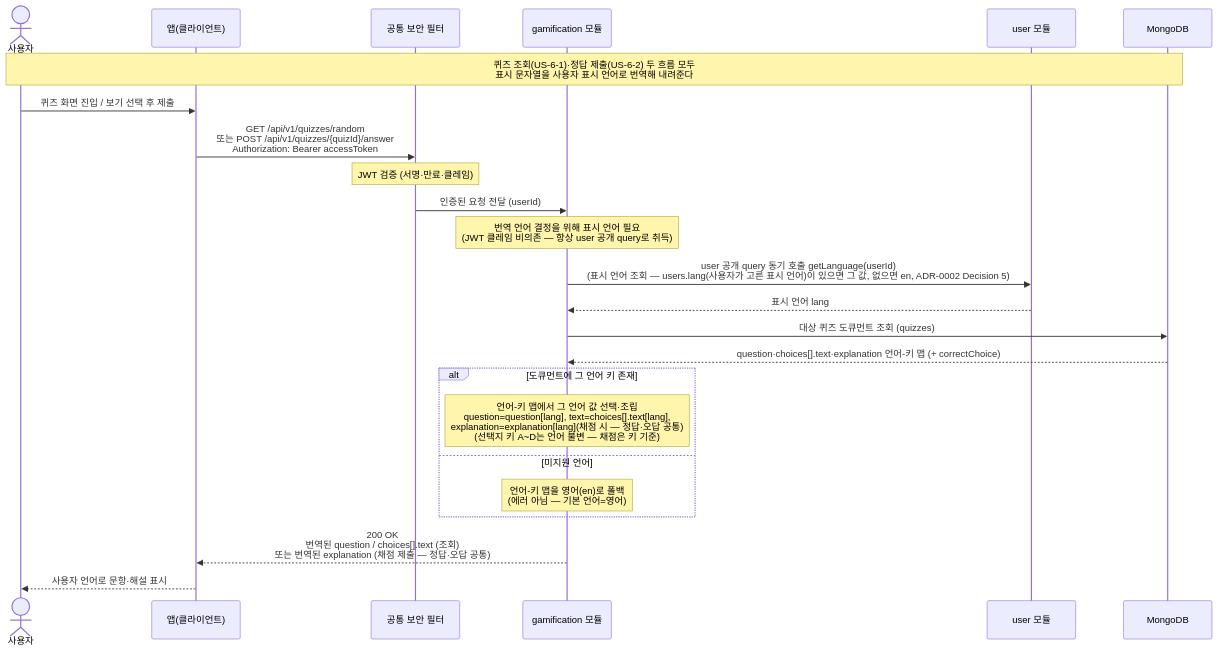
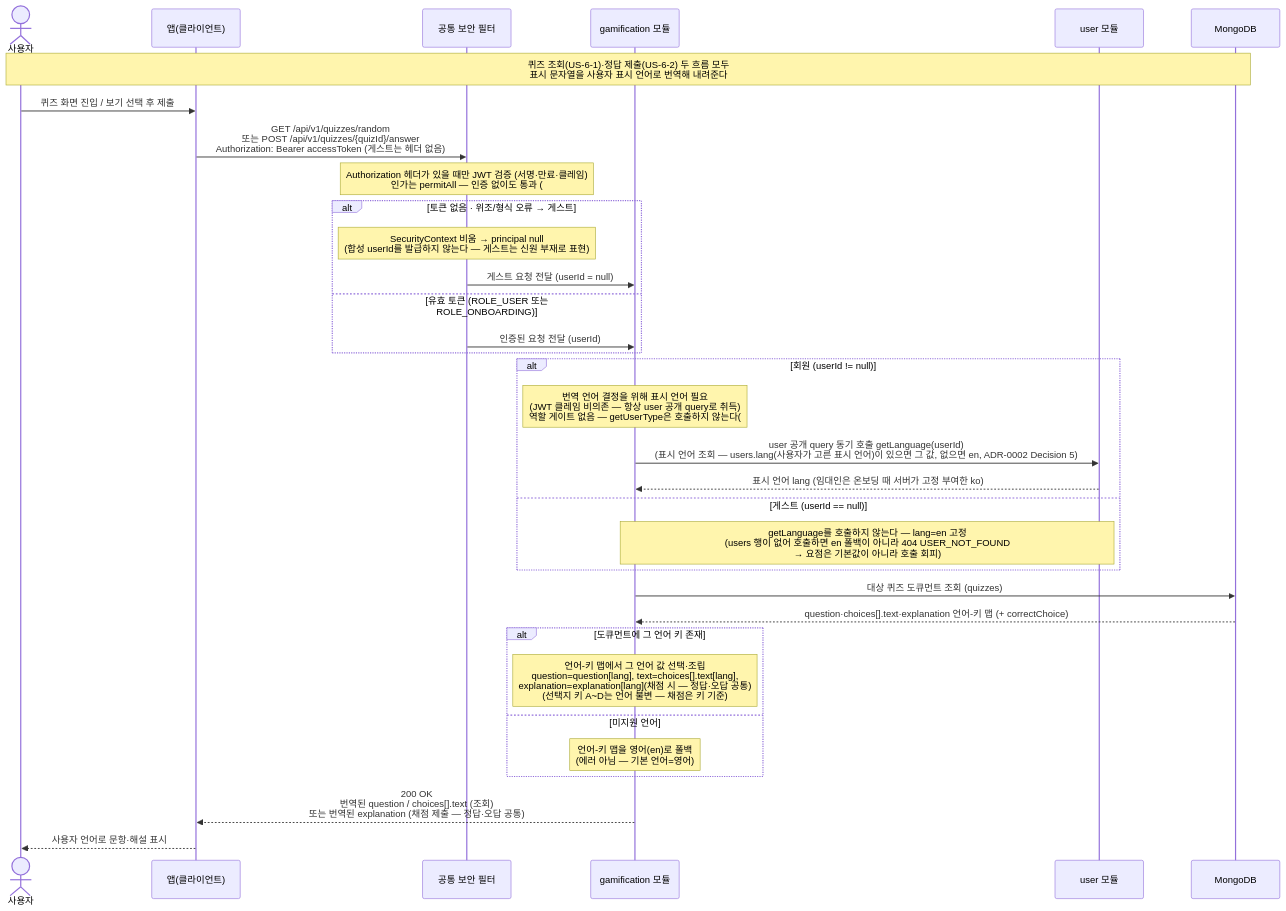
Before and after one commit to jameskim9509/Kohere-backend: the diagram in docs/architecture/sequence-diagrams/06-gamification/us-6-3-quiz-i18n.md, drawn with Mermaid. The commit also changed other lines of this file and 22 other files, not shown here.

````diff
--- a/docs/architecture/sequence-diagrams/06-gamification/us-6-3-quiz-i18n.md
+++ b/docs/architecture/sequence-diagrams/06-gamification/us-6-3-quiz-i18n.md
@@ -5,29 +5,40 @@
 ```mermaid
 sequenceDiagram
     actor U as 사용자
     participant C as 앱(클라이언트)
     participant SEC as 공통 보안 필터
     participant GAME as gamification 모듈
     participant USER as user 모듈
     participant DB as MongoDB
 
     Note over U,DB: 퀴즈 조회(US-6-1)·정답 제출(US-6-2) 두 흐름 모두<br/>표시 문자열을 사용자 표시 언어로 번역해 내려준다
 
     U->>C: 퀴즈 화면 진입 / 보기 선택 후 제출
-    C->>SEC: GET /api/v1/quizzes/random<br/>또는 POST /api/v1/quizzes/{quizId}/answer<br/>Authorization: Bearer accessToken
-    Note over SEC: JWT 검증 (서명·만료·클레임)
-    SEC->>GAME: 인증된 요청 전달 (userId)
-    Note over GAME: 번역 언어 결정을 위해 표시 언어 필요<br/>(JWT 클레임 비의존 — 항상 user 공개 query로 취득)
-    GAME->>USER: user 공개 query 동기 호출 getLanguage(userId)<br/>(표시 언어 조회 — users.lang(사용자가 고른 표시 언어)이 있으면 그 값, 없으면 en, ADR-0002 Decision 5)
-    USER-->>GAME: 표시 언어 lang
+    C->>SEC: GET /api/v1/quizzes/random<br/>또는 POST /api/v1/quizzes/{quizId}/answer<br/>Authorization: Bearer accessToken (게스트는 헤더 없음)
+    Note over SEC: Authorization 헤더가 있을 때만 JWT 검증 (서명·만료·클레임)<br/>인가는 permitAll — 인증 없이도 통과 (#181)
+
+    alt 토큰 없음 · 위조/형식 오류 → 게스트
+        Note over SEC: SecurityContext 비움 → principal null<br/>(합성 userId를 발급하지 않는다 — 게스트는 신원 부재로 표현)
+        SEC->>GAME: 게스트 요청 전달 (userId = null)
+    else 유효 토큰 (ROLE_USER 또는 ROLE_ONBOARDING)
+        SEC->>GAME: 인증된 요청 전달 (userId)
+    end
+
+    alt 회원 (userId != null)
+        Note over GAME: 번역 언어 결정을 위해 표시 언어 필요<br/>(JWT 클레임 비의존 — 항상 user 공개 query로 취득)<br/>역할 게이트 없음 — getUserType은 호출하지 않는다(#181)
+        GAME->>USER: user 공개 query 동기 호출 getLanguage(userId)<br/>(표시 언어 조회 — users.lang(사용자가 고른 표시 언어)이 있으면 그 값, 없으면 en, ADR-0002 Decision 5)
+        USER-->>GAME: 표시 언어 lang (임대인은 온보딩 때 서버가 고정 부여한 ko)
+    else 게스트 (userId == null)
+        Note over GAME,USER: getLanguage를 호출하지 않는다 — lang=en 고정<br/>(users 행이 없어 호출하면 en 폴백이 아니라 404 USER_NOT_FOUND<br/>→ 요점은 기본값이 아니라 호출 회피)
+    end
     GAME->>DB: 대상 퀴즈 도큐먼트 조회 (quizzes)
     DB-->>GAME: question·choices[].text·explanation 언어-키 맵 (+ correctChoice)
 
     alt 도큐먼트에 그 언어 키 존재
         Note over GAME: 언어-키 맵에서 그 언어 값 선택·조립<br/>question=question[lang], text=choices[].text[lang],<br/>explanation=explanation[lang](채점 시 — 정답·오답 공통)<br/>(선택지 키 A~D는 언어 불변 — 채점은 키 기준)
     else 미지원 언어
         Note over GAME: 언어-키 맵을 영어(en)로 폴백<br/>(에러 아님 — 기본 언어=영어)
     end
     GAME-->>C: 200 OK<br/>번역된 question / choices[].text (조회)<br/>또는 번역된 explanation (채점 제출 — 정답·오답 공통)
     C-->>U: 사용자 언어로 문항·해설 표시
 ```
````
